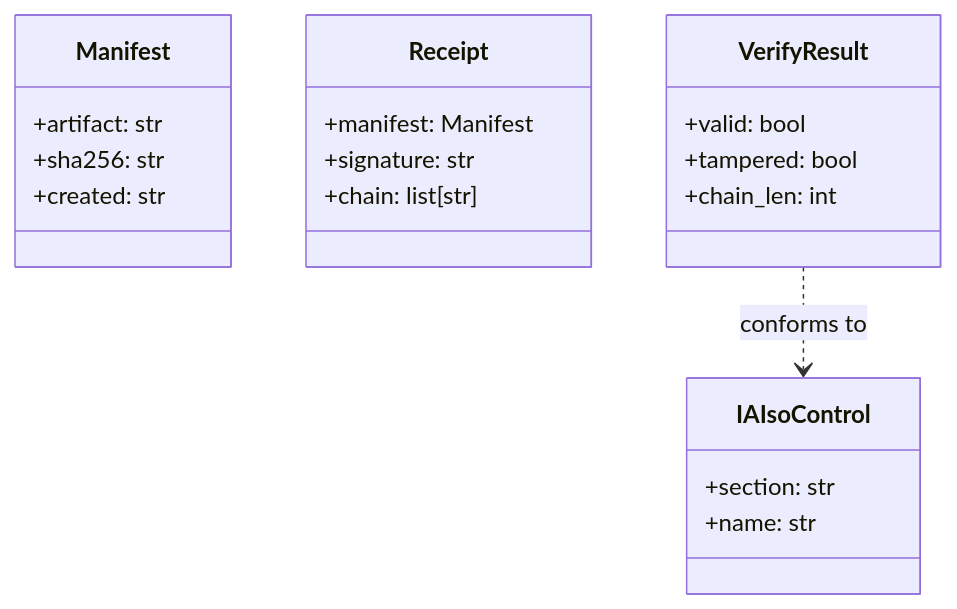
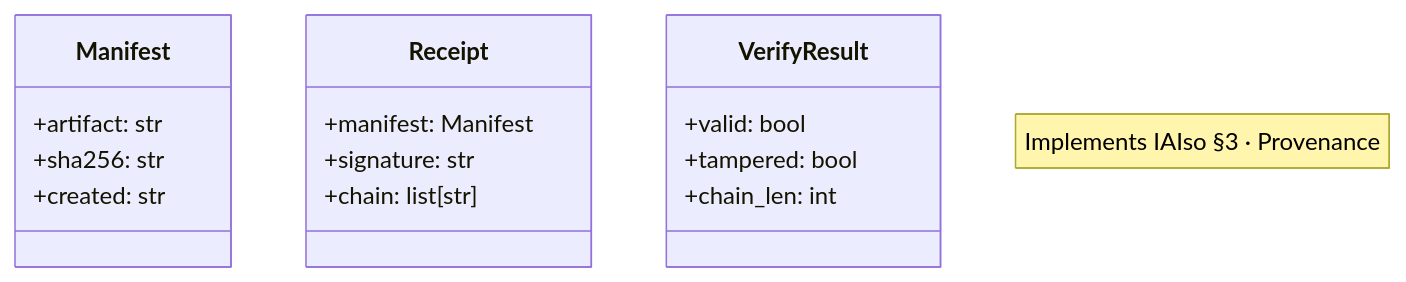
Before and after one commit to SmartTasksOrg/sf-smartseal: the first of 2 diagrams in README.md, drawn with Mermaid. The commit also changed other lines of this file and 1 other file, not shown here.

First line of the commit message:
Family list and diagrams from family.json; UML matches the code

````diff
--- a/README.md
+++ b/README.md
@@ -84,23 +84,19 @@
 ```mermaid
 classDiagram
     class Manifest {
       +artifact: str
       +sha256: str
       +created: str
     }
     class Receipt {
       +manifest: Manifest
       +signature: str
       +chain: list[str]
     }
     class VerifyResult {
       +valid: bool
       +tampered: bool
       +chain_len: int
     }
-    class IAIsoControl {
-      +section: str
-      +name: str
-    }
-    VerifyResult ..> IAIsoControl : conforms to
+    note "Implements IAIso §3 · Provenance"
 ```
````
